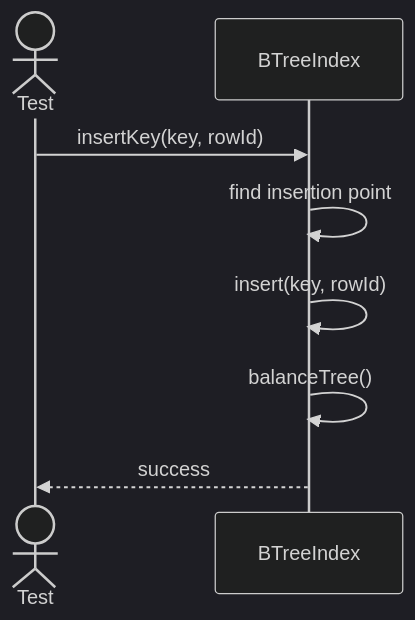
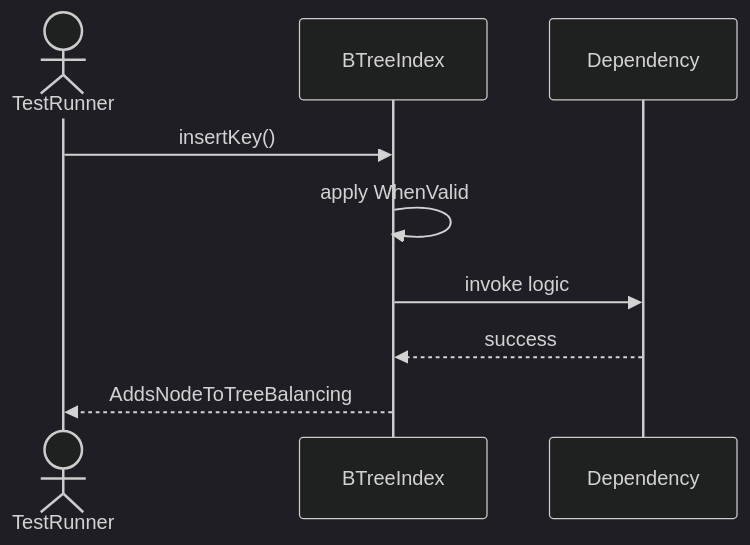
Before and after one commit to TamBui1706/DBMS: the first of 8 diagrams in Sequences/DatabaseObjectManagement/BTreeIndex.md, drawn with Mermaid (dark theme). The commit also changed other lines of this file and 63 other files, not shown here.

Commit message:
Draw sequence diagram for unit tests

````diff
--- a/Sequences/DatabaseObjectManagement/BTreeIndex.md
+++ b/Sequences/DatabaseObjectManagement/BTreeIndex.md
@@ -15,11 +21,10 @@
 ```mermaid
 sequenceDiagram
-    actor Test
+    actor TestRunner
     participant BTreeIndex
-
-    Test->>BTreeIndex: insertKey(key, rowId)
-    BTreeIndex->>BTreeIndex: find insertion point
-    BTreeIndex->>BTreeIndex: insert(key, rowId)
-    BTreeIndex->>BTreeIndex: balanceTree()
-    BTreeIndex-->>Test: success
+    TestRunner->>BTreeIndex: insertKey()
+    BTreeIndex->>BTreeIndex: apply WhenValid
+    BTreeIndex->>Dependency: invoke logic
+    Dependency-->>BTreeIndex: success
+    BTreeIndex-->>TestRunner: AddsNodeToTreeBalancing
 ```
````
